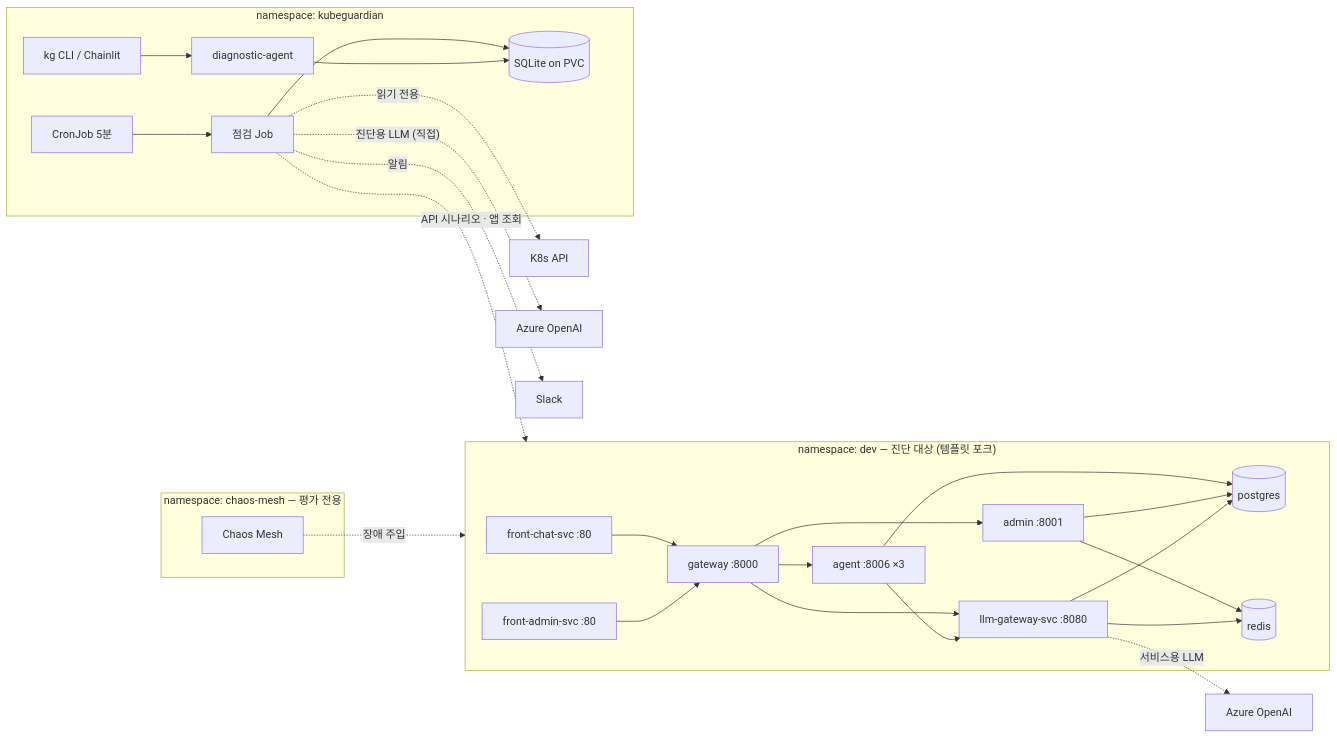
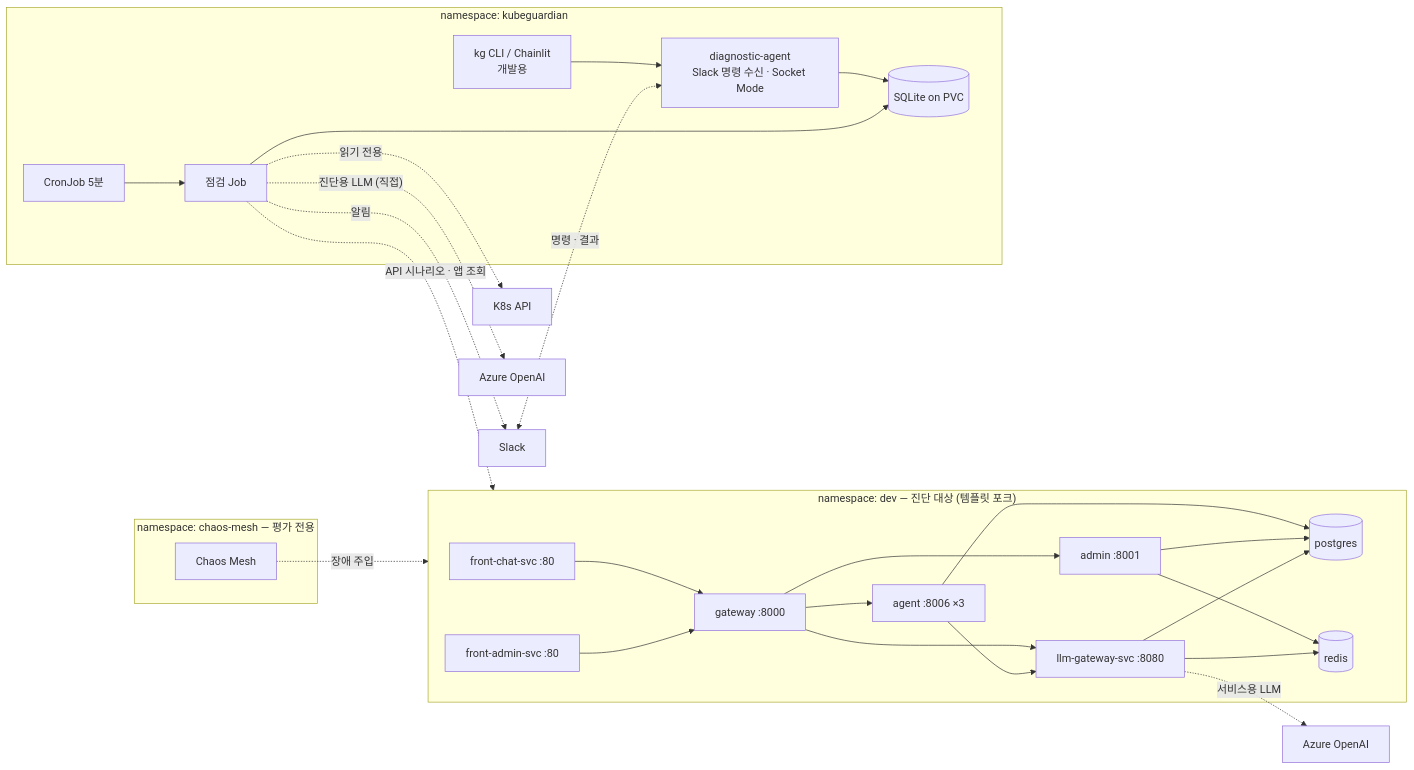
Before and after one commit to skax-jihyeryu/KubeGuardian: the second of 3 diagrams in docs/01-project-proposal.md, drawn with Mermaid. The commit also changed other lines of this file and 4 other files, not shown here.

````diff
--- a/docs/01-project-proposal.md
+++ b/docs/01-project-proposal.md
@@ -160,31 +160,32 @@
 ```mermaid
 flowchart LR
     subgraph ns_dev["namespace: dev — 진단 대상 (템플릿 포크)"]
         FC[front-chat-svc :80] --> GW[gateway :8000]
         FA[front-admin-svc :80] --> GW
         GW --> AG[agent :8006 ×3]
         GW --> AD[admin :8001]
         GW --> LG[llm-gateway-svc :8080]
         AG --> LG
         AG --> PG[(postgres)]
         AD --> PG
         AD --> RD[(redis)]
         LG --> PG
         LG --> RD
     end
     LG -. 서비스용 LLM .-> AOAI1[Azure OpenAI]
     subgraph ns_kg[namespace: kubeguardian]
         CJ[CronJob 5분] --> JOB[점검 Job]
-        CLI[kg CLI / Chainlit] --> DA[diagnostic-agent]
+        DA[diagnostic-agent<br/>Slack 명령 수신 · Socket Mode] --> ST
+        CLI[kg CLI / Chainlit<br/>개발용] --> DA
         JOB --> ST[(SQLite on PVC)]
-        DA --> ST
     end
     JOB -. 읽기 전용 .-> K8S[K8s API]
     JOB -. API 시나리오 · 앱 조회 .-> ns_dev
     JOB -. 진단용 LLM (직접) .-> AOAI2[Azure OpenAI]
     JOB -. 알림 .-> SLACK[Slack]
+    SLACK <-. 명령 · 결과 .-> DA
     subgraph ns_chaos[namespace: chaos-mesh — 평가 전용]
         CM[Chaos Mesh]
     end
     CM -. 장애 주입 .-> ns_dev
 ```
````
